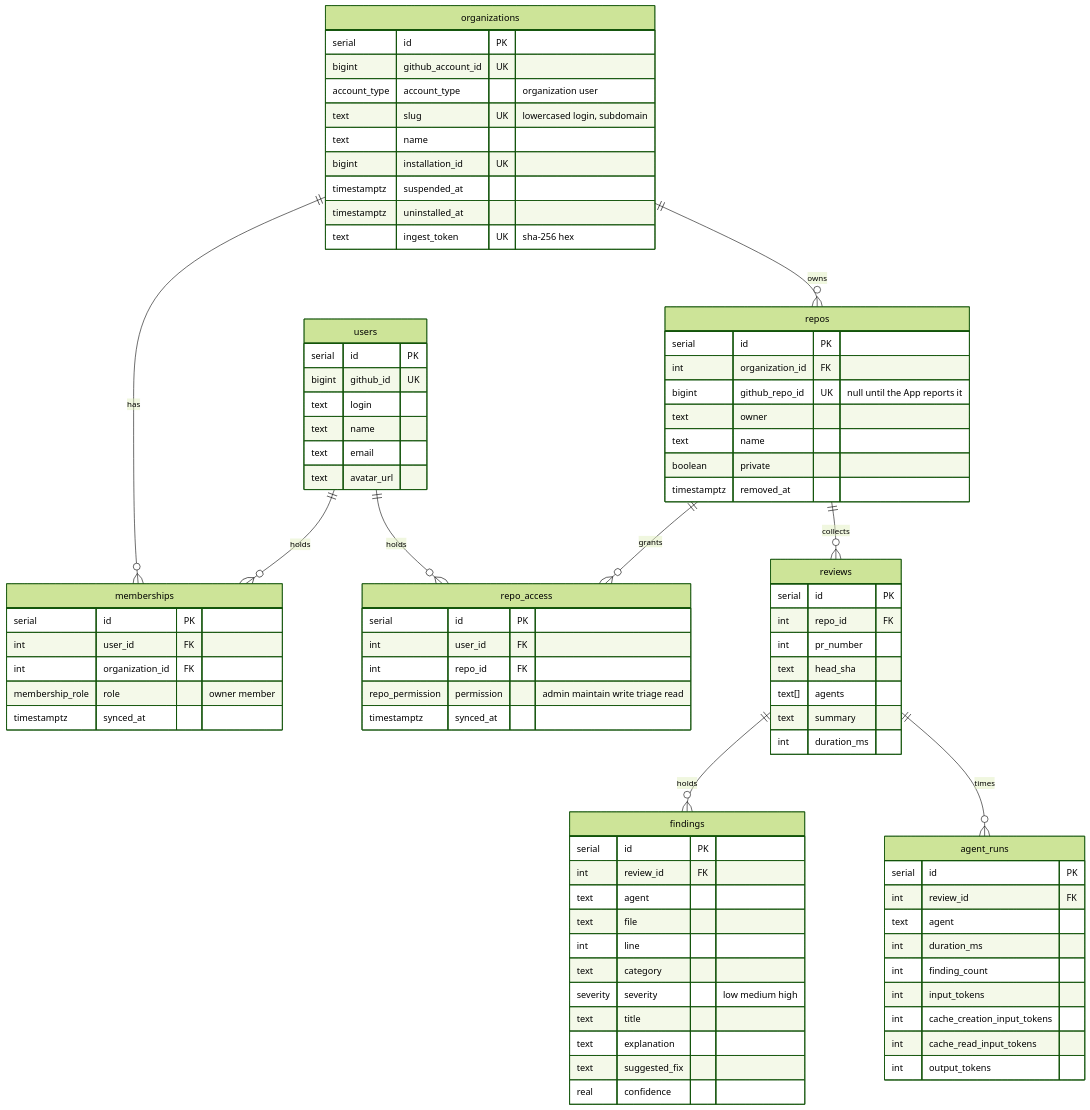
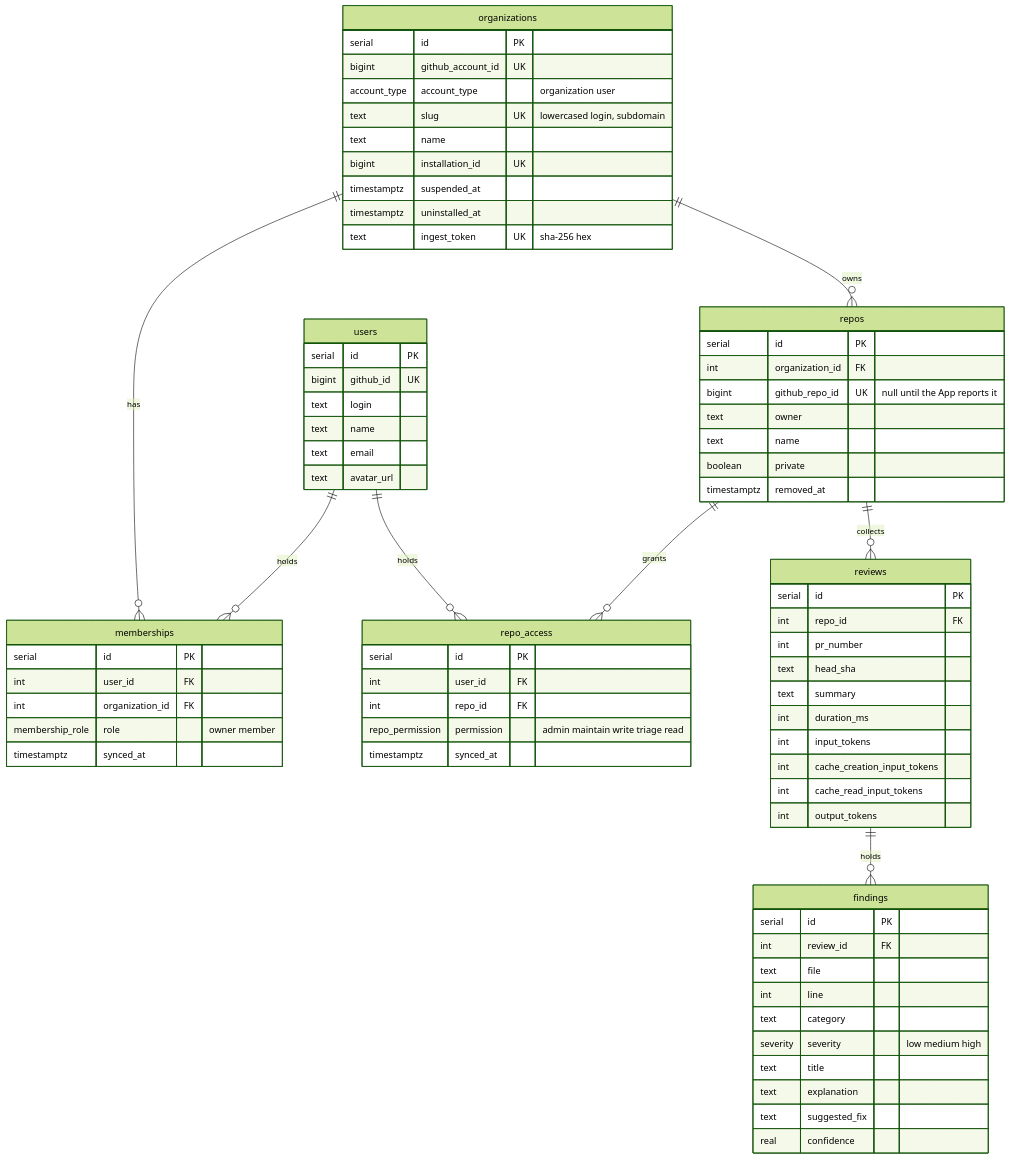
Before and after one commit to sunnyeyles/lintcat: the diagram in packages/db/README.md, drawn with Mermaid (forest theme). The commit also changed other lines of this file and 149 other files, not shown here.

```diff
--- a/packages/db/README.md
+++ b/packages/db/README.md
@@ -12,7 +12,6 @@
   repos ||--o{ repo_access : "grants"
   repos ||--o{ reviews : "collects"
   reviews ||--o{ findings : "holds"
-  reviews ||--o{ agent_runs : "times"
 
   users {
     serial id PK
@@ -61,16 +60,8 @@
     int repo_id FK
     int pr_number
     text head_sha
-    text[] agents
     text summary
     int duration_ms
-  }
-  agent_runs {
-    serial id PK
-    int review_id FK
-    text agent
-    int duration_ms
-    int finding_count
     int input_tokens
     int cache_creation_input_tokens
     int cache_read_input_tokens
@@ -79,7 +70,6 @@
   findings {
     serial id PK
     int review_id FK
-    text agent
     text file
     int line
     text category
```
